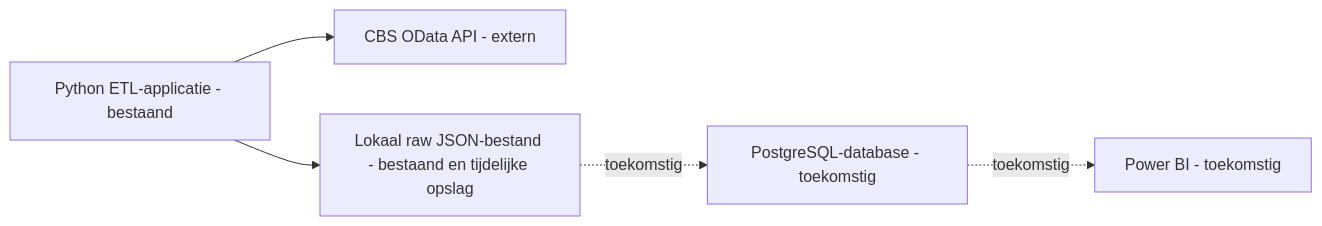
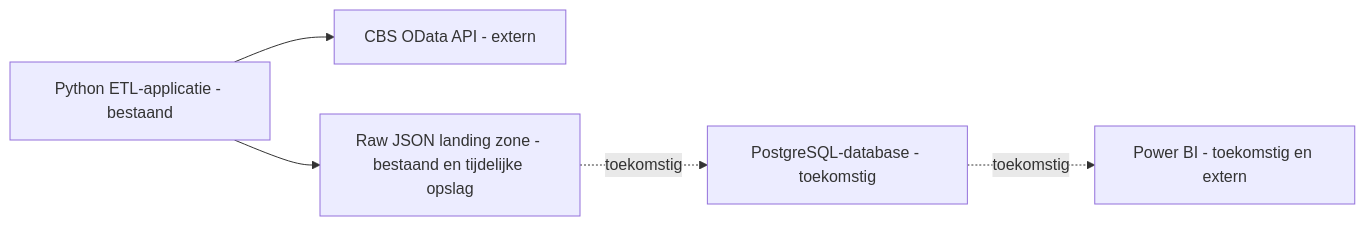
Before and after one commit to salahooo/gemeente-data-platform: the second of 4 diagrams in docs/architecture.md, drawn with Mermaid. The commit also changed other lines of this file and 15 other files, not shown here.

````diff
--- a/docs/architecture.md
+++ b/docs/architecture.md
@@ -35,7 +29,7 @@
 ```mermaid
 flowchart LR
     etl[Python ETL-applicatie - bestaand] --> cbs[CBS OData API - extern]
-    etl --> raw[Lokaal raw JSON-bestand - bestaand en tijdelijke opslag]
+    etl --> raw[Raw JSON landing zone - bestaand en tijdelijke opslag]
     raw -. toekomstig .-> postgres[PostgreSQL-database - toekomstig]
-    postgres -. toekomstig .-> powerbi[Power BI - toekomstig]
+    postgres -. toekomstig .-> powerbi[Power BI - toekomstig en extern]
 ```
````
